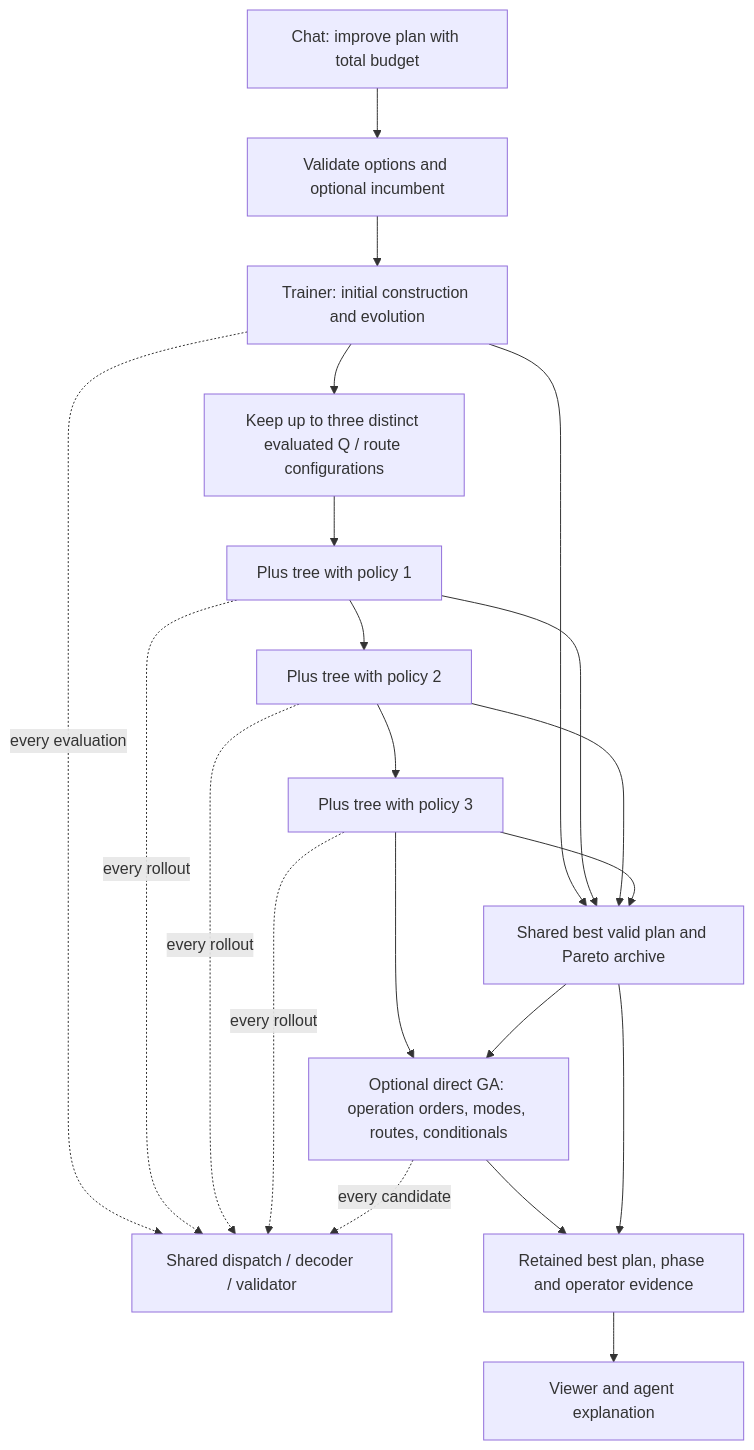
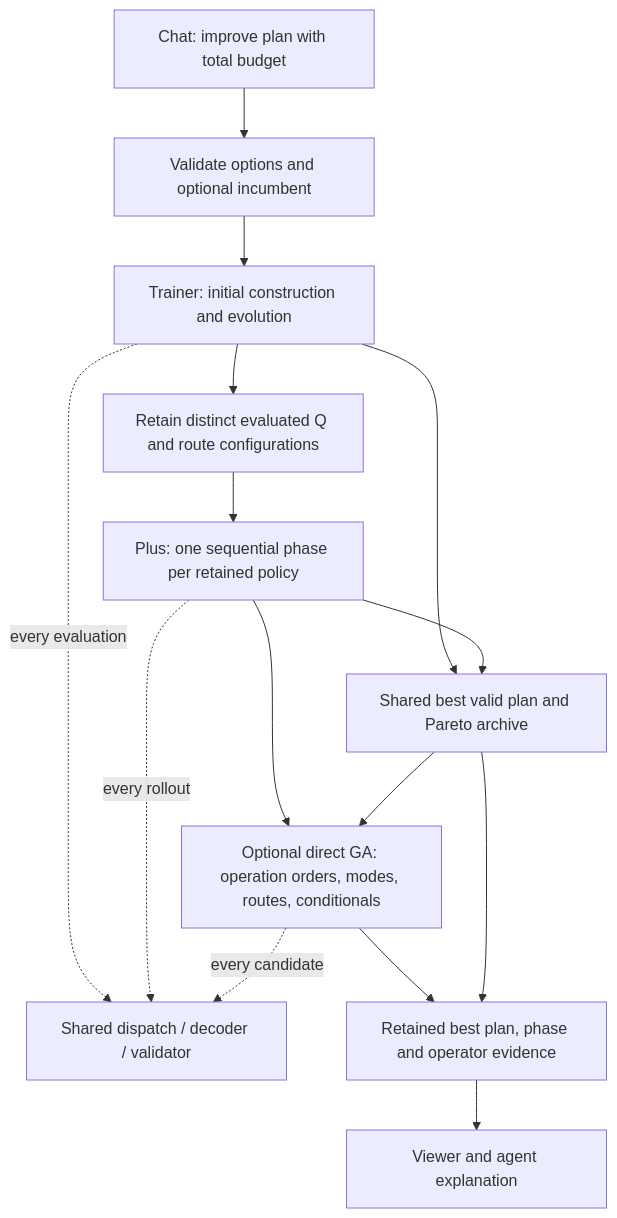
Before and after one commit to qunevo/apex: the diagram in docs/architecture/combined-improvement.md, drawn with Mermaid. The commit also changed other lines of this file and 36 other files, not shown here.

Commit message:
docs: replace legacy architecture proposals with current runtime map

````diff
--- a/docs/architecture/combined-improvement.md
+++ b/docs/architecture/combined-improvement.md
@@ -30,23 +30,17 @@
 ```mermaid
 flowchart TD
   C[Chat: improve plan with total budget] --> I[Validate options and optional incumbent]
   I --> T[Trainer: initial construction and evolution]
-  T --> P[Keep up to three distinct evaluated Q / route configurations]
-  P --> A[Plus tree with policy 1]
-  A --> B[Plus tree with policy 2]
-  B --> D[Plus tree with policy 3]
+  T --> P[Retain distinct evaluated Q and route configurations]
+  P --> A[Plus: one sequential phase per retained policy]
   T --> E[Shared best valid plan and Pareto archive]
   A --> E
-  B --> E
-  D --> E
   T -. every evaluation .-> K[Shared dispatch / decoder / validator]
   A -. every rollout .-> K
-  B -. every rollout .-> K
-  D -. every rollout .-> K
-  D --> G[Optional direct GA: operation orders, modes, routes, conditionals]
+  A --> G[Optional direct GA: operation orders, modes, routes, conditionals]
   E --> G
   G -. every candidate .-> K
   G --> R[Retained best plan, phase and operator evidence]
   E --> R
   R --> V[Viewer and agent explanation]
 ```
````
